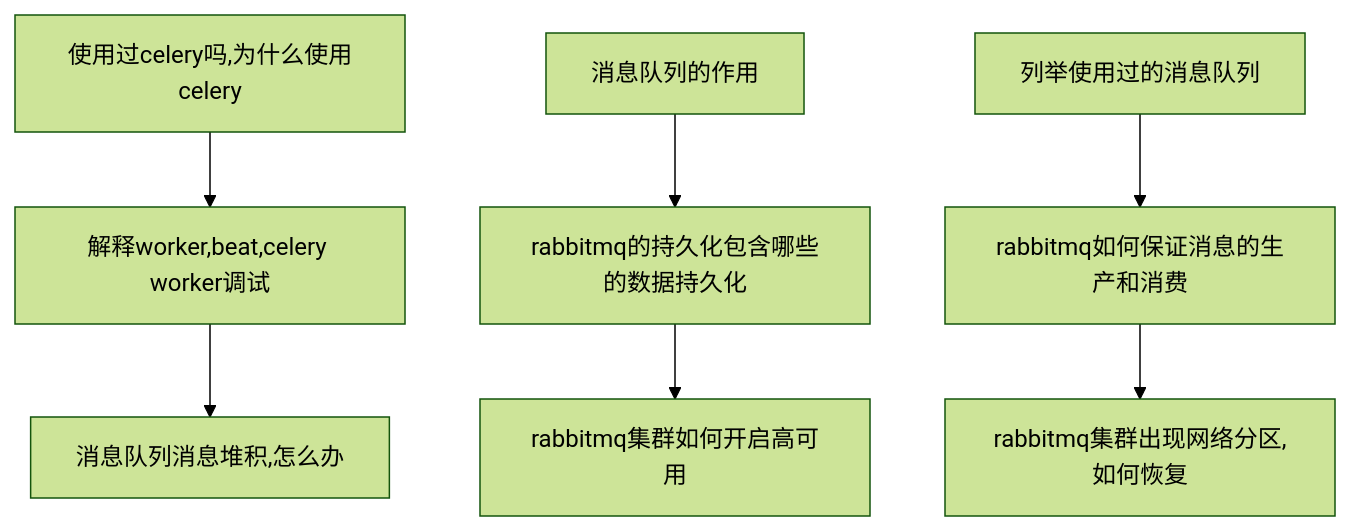
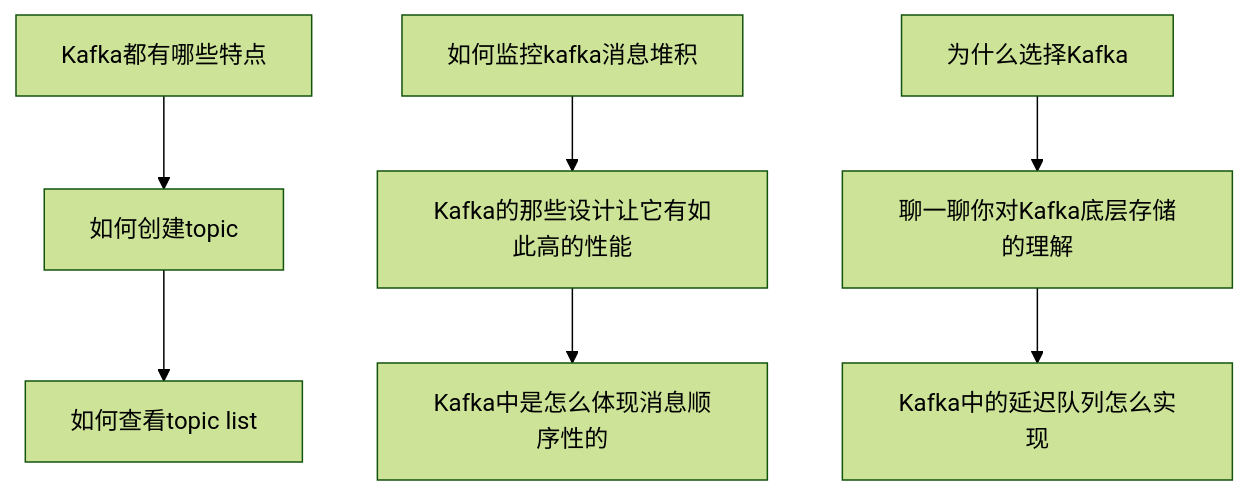
Before and after one commit to Roxas/article: the tenth of 15 diagrams in interview_flow.md, drawn with Mermaid (forest theme). The commit also changed other lines of this file, not shown here.

First line of the commit message:
update flow

````diff
--- a/interview_flow.md
+++ b/interview_flow.md
@@ -76,6 +114,6 @@
 ```mermaid
 graph TB
-    a[使用过celery吗,为什么使用celery] --> d[解释worker,beat,celery worker调试] --> g[消息队列消息堆积,怎么办]
-    b[消息队列的作用] --> e[rabbitmq的持久化包含哪些的数据持久化] --> h[rabbitmq集群如何开启高可用]
-    c[列举使用过的消息队列] --> f[rabbitmq如何保证消息的生产和消费] --> i[rabbitmq集群出现网络分区,如何恢复]
+  a[Kafka都有哪些特点] --> d[如何创建topic] --> g[如何查看topic list]
+  b[如何监控kafka消息堆积] --> e[Kafka的那些设计让它有如此高的性能] --> h[Kafka中是怎么体现消息顺序性的]
+  c[为什么选择Kafka] --> f[聊一聊你对Kafka底层存储的理解] --> i[Kafka中的延迟队列怎么实现]
 ```
````
